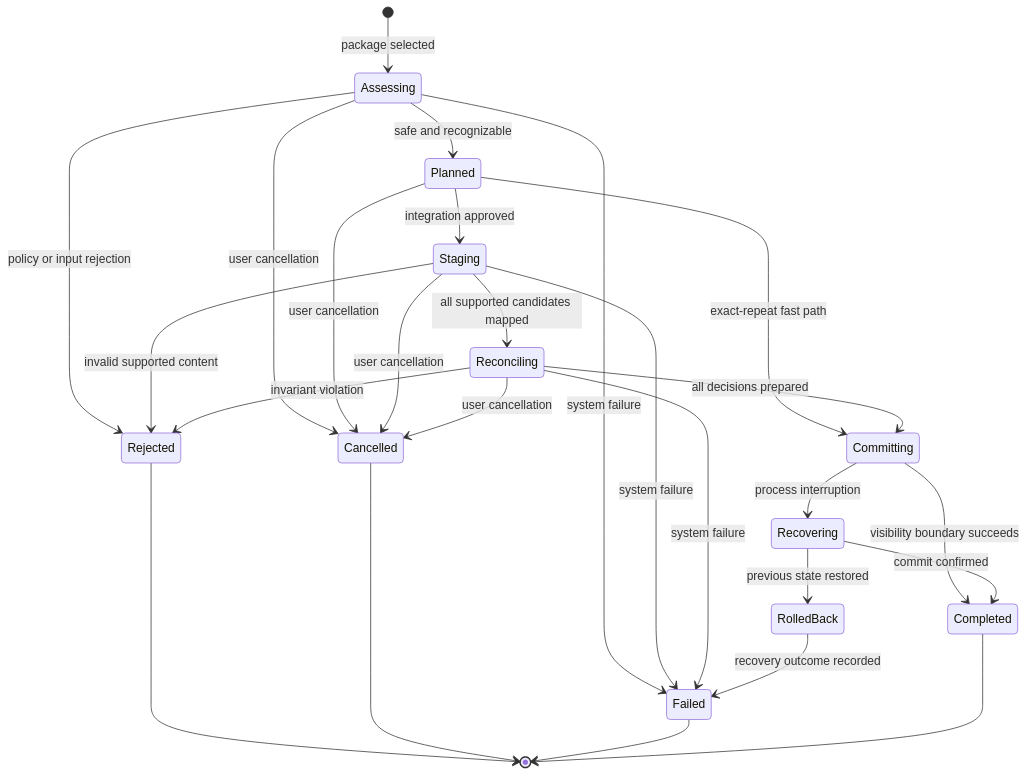
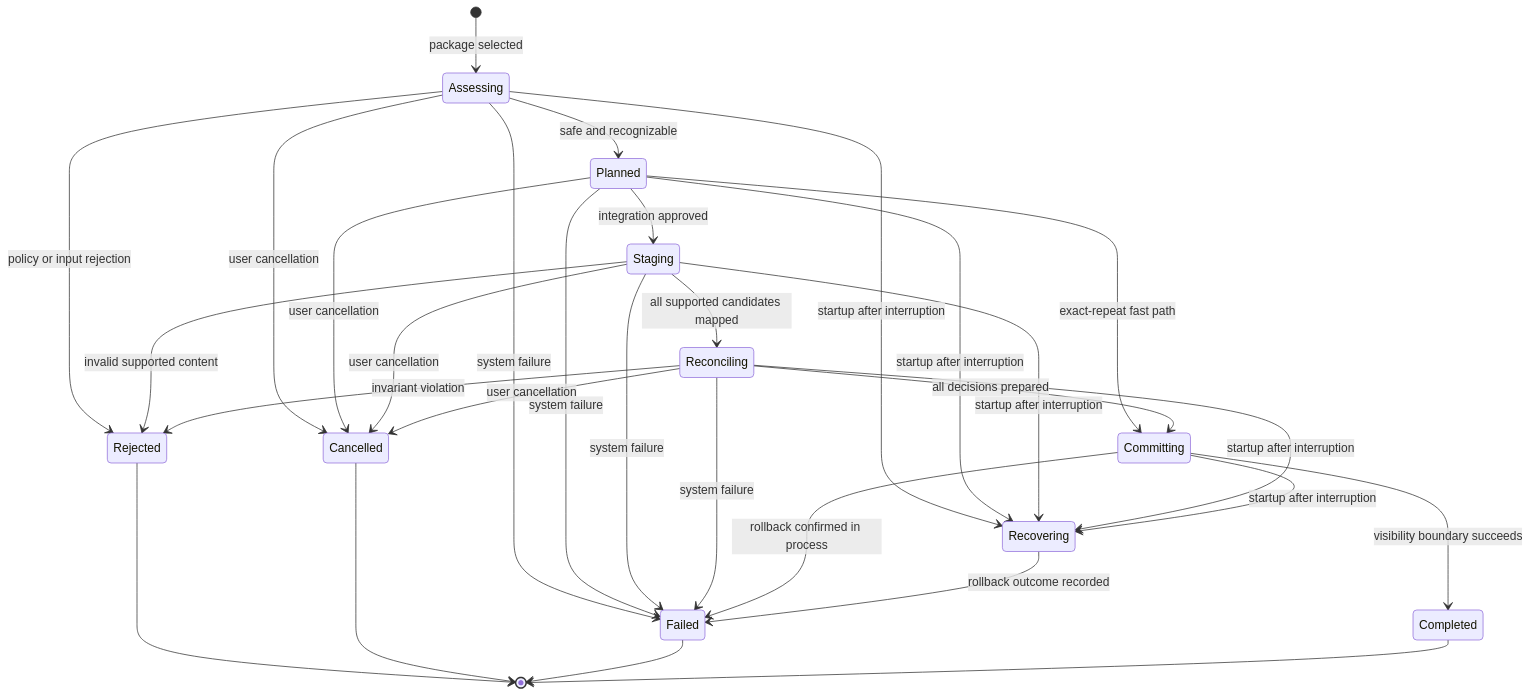
The diagram in docs/architecture/import-lifecycle.md (purnalica/fitfreed), drawn with Mermaid before and after one commit. The commit also changed other lines of this file and 12 other files, not shown here.

````diff
--- a/docs/architecture/import-lifecycle.md
+++ b/docs/architecture/import-lifecycle.md
@@ -13,28 +13,32 @@
 ```mermaid
 stateDiagram-v2
     [*] --> Assessing: package selected
     Assessing --> Planned: safe and recognizable
     Assessing --> Rejected: policy or input rejection
     Assessing --> Failed: system failure
     Assessing --> Cancelled: user cancellation
     Planned --> Staging: integration approved
     Planned --> Committing: exact-repeat fast path
     Planned --> Cancelled: user cancellation
+    Planned --> Failed: system failure
     Staging --> Reconciling: all supported candidates mapped
     Staging --> Rejected: invalid supported content
     Staging --> Failed: system failure
     Staging --> Cancelled: user cancellation
     Reconciling --> Committing: all decisions prepared
     Reconciling --> Rejected: invariant violation
     Reconciling --> Failed: system failure
     Reconciling --> Cancelled: user cancellation
     Committing --> Completed: visibility boundary succeeds
-    Committing --> Recovering: process interruption
-    Recovering --> Completed: commit confirmed
-    Recovering --> RolledBack: previous state restored
-    RolledBack --> Failed: recovery outcome recorded
+    Committing --> Failed: rollback confirmed in process
+    Assessing --> Recovering: startup after interruption
+    Planned --> Recovering: startup after interruption
+    Staging --> Recovering: startup after interruption
+    Reconciling --> Recovering: startup after interruption
+    Committing --> Recovering: startup after interruption
+    Recovering --> Failed: rollback outcome recorded
     Rejected --> [*]
     Cancelled --> [*]
     Failed --> [*]
     Completed --> [*]
 ```
````
